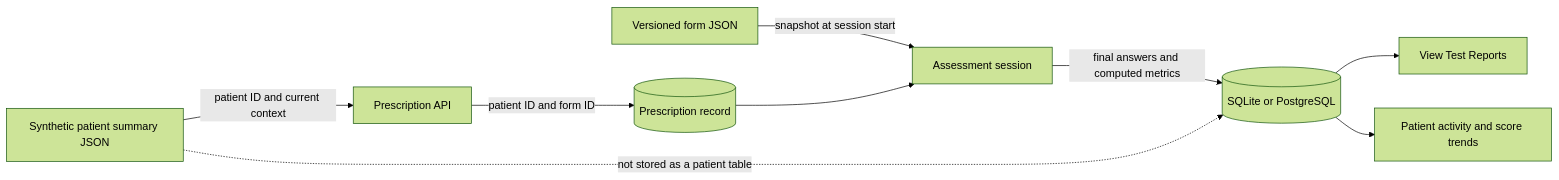
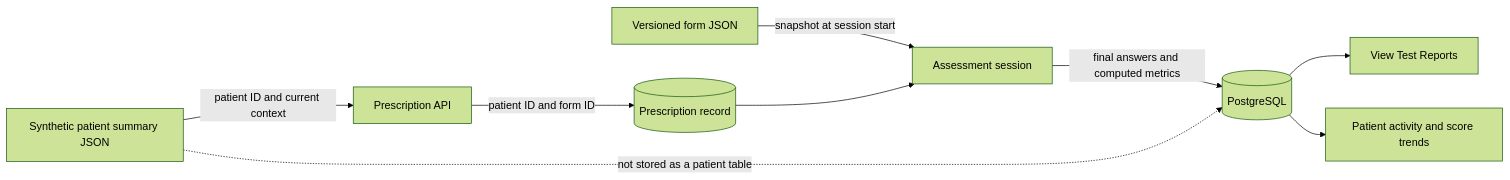
The fifth of 5 diagrams in docs/PROTOTYPE_ARCHITECTURE.md (Keviv21/PHQ-9-assessment), drawn with Mermaid (forest theme) before and after one commit. The commit also changed other lines of this file and 103 other files, not shown here.

````diff
--- a/docs/PROTOTYPE_ARCHITECTURE.md
+++ b/docs/PROTOTYPE_ARCHITECTURE.md
@@ -150,11 +150,11 @@
 ```mermaid
 flowchart LR
     J[Synthetic patient summary JSON] -->|patient ID and current context| A[Prescription API]
     F[Versioned form JSON] -->|snapshot at session start| S[Assessment session]
     A -->|patient ID and form ID| P[(Prescription record)]
     P --> S
-    S -->|final answers and computed metrics| D[(SQLite or PostgreSQL)]
+    S -->|final answers and computed metrics| D[(PostgreSQL)]
     D --> R[View Test Reports]
     D --> T[Patient activity and score trends]
     J -.->|not stored as a patient table| D
 ```
````
